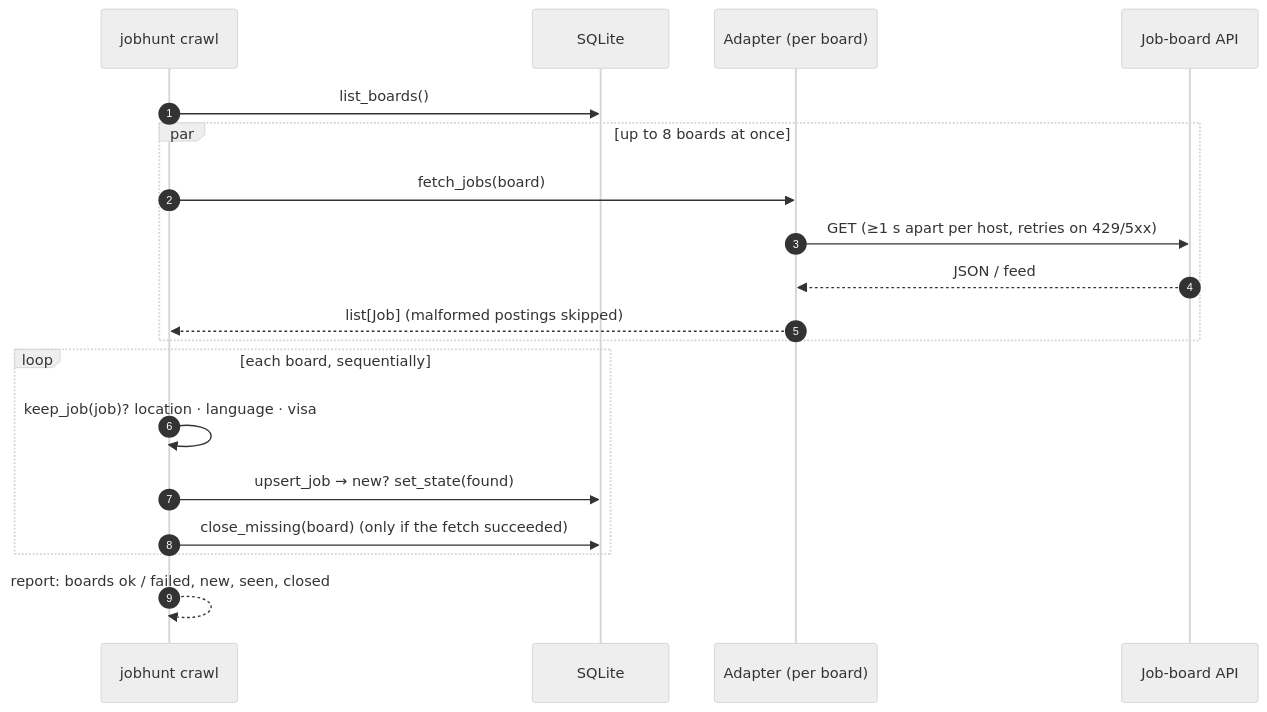
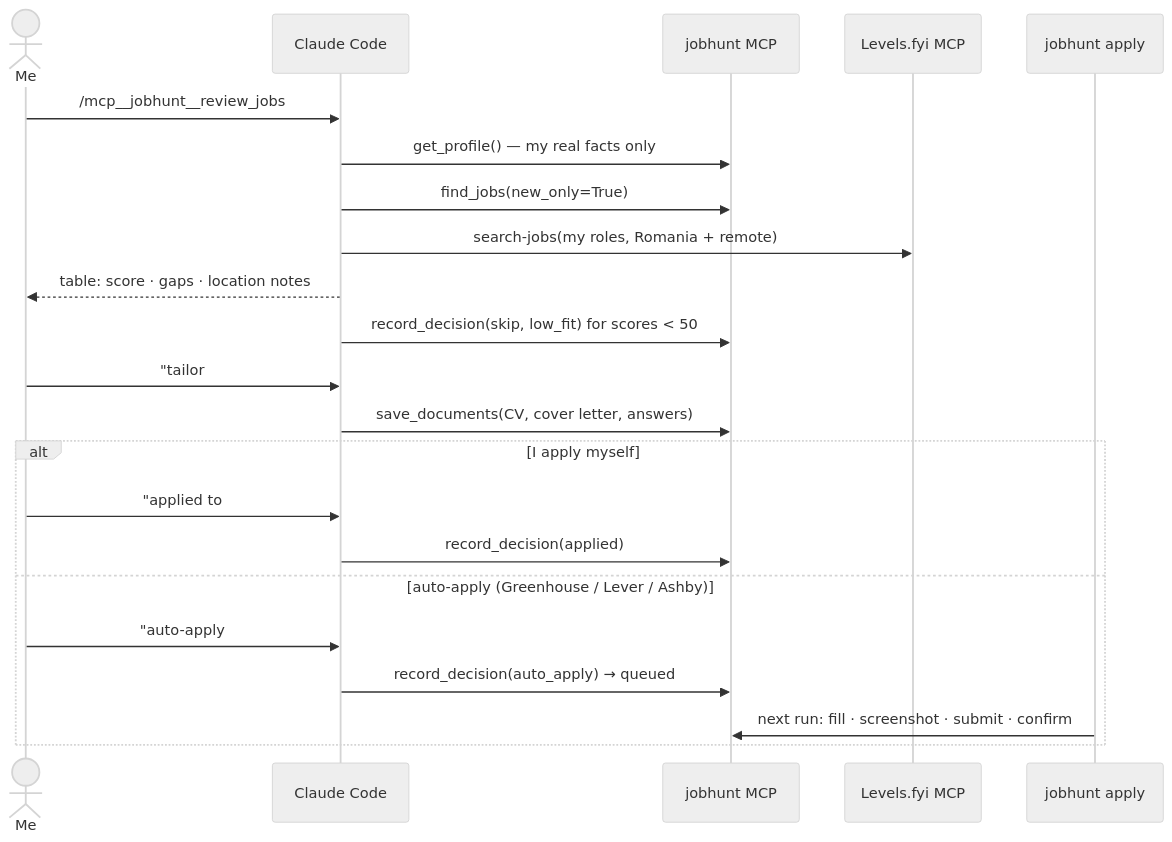
One commit to Robwert0/eu-tech-jobs changed the second of 7 diagrams in README.md. Above: the diagram before and after it, drawn with Mermaid (neutral theme). The commit also changed other lines of this file and 1 other file, not shown here.

First line of the commit message:
docs: README for the hybrid design; companies.json with careers URLs

````diff
--- a/README.md
+++ b/README.md
@@ -64,22 +68,25 @@
 ```mermaid
 sequenceDiagram
-    autonumber
-    participant CLI as jobhunt crawl
-    participant DB as SQLite
-    participant A as Adapter (per board)
-    participant API as Job-board API
+    actor Me
+    participant CC as Claude Code
+    participant JH as jobhunt MCP
+    participant LV as Levels.fyi MCP
+    participant Bot as jobhunt apply
 
-    CLI->>DB: list_boards()
-    par up to 8 boards at once
-        CLI->>A: fetch_jobs(board)
-        A->>API: GET (≥1 s apart per host, retries on 429/5xx)
-        API-->>A: JSON / feed
-        A-->>CLI: list[Job]  (malformed postings skipped)
+    Me->>CC: /mcp__jobhunt__review_jobs
+    CC->>JH: get_profile()  — my real facts only
+    CC->>JH: find_jobs(new_only=True)
+    CC->>LV: search-jobs(my roles, Romania + remote)
+    CC-->>Me: table: score · gaps · location notes
+    CC->>JH: record_decision(skip, low_fit)  for scores < 50
+    Me->>CC: "tailor #1 and #2"
+    CC->>JH: save_documents(CV, cover letter, answers)
+    alt I apply myself
+        Me->>CC: "applied to #1"
+        CC->>JH: record_decision(applied)
+    else auto-apply (Greenhouse / Lever / Ashby)
+        Me->>CC: "auto-apply #2"
+        CC->>JH: record_decision(auto_apply) → queued
+        Bot->>JH: next run: fill · screenshot · submit · confirm
     end
-    loop each board, sequentially
-        CLI->>CLI: keep_job(job)? location · language · visa
-        CLI->>DB: upsert_job → new? set_state(found)
-        CLI->>DB: close_missing(board)  (only if the fetch succeeded)
-    end
-    CLI-->>CLI: report: boards ok / failed, new, seen, closed
 ```
````
